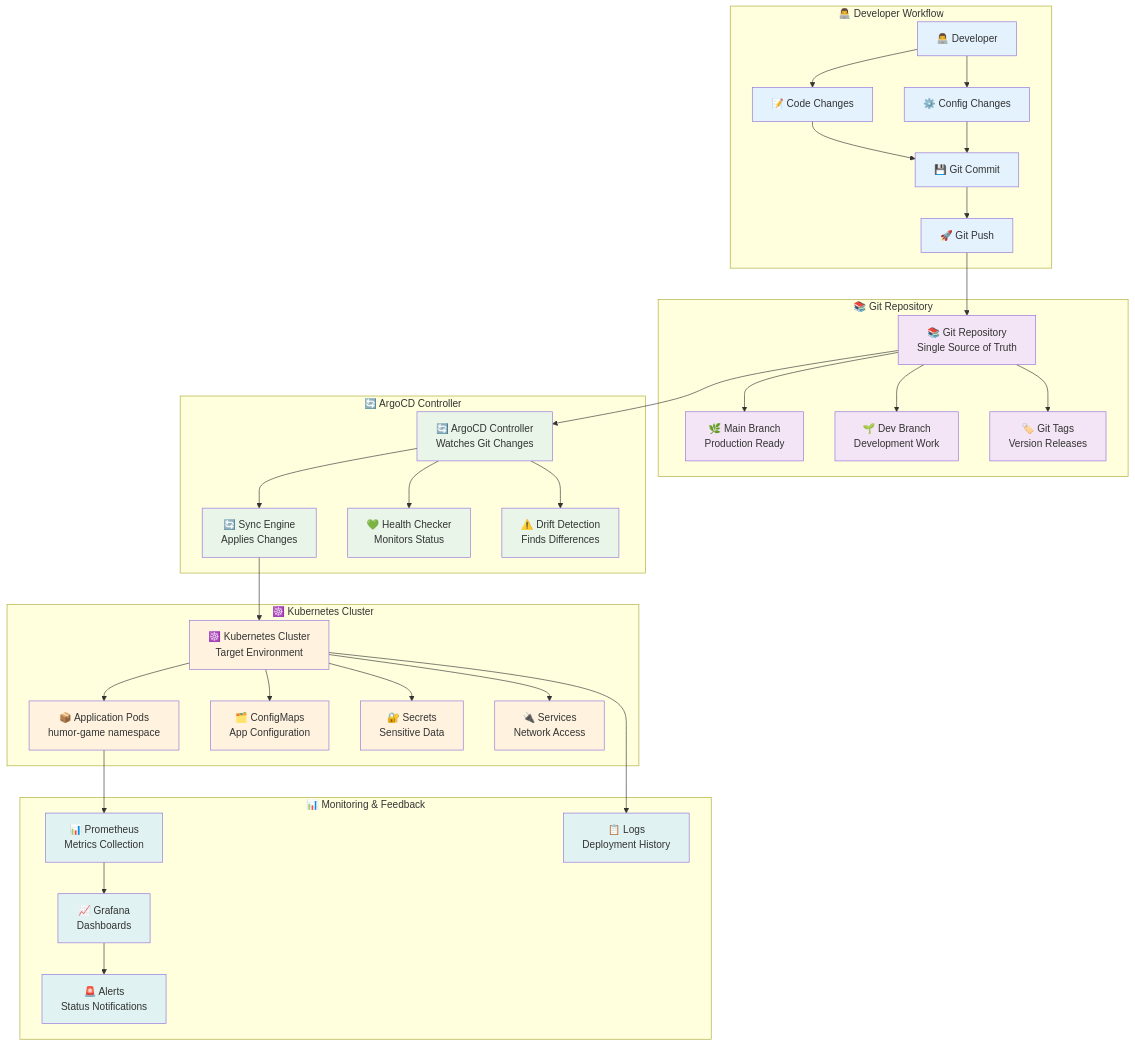
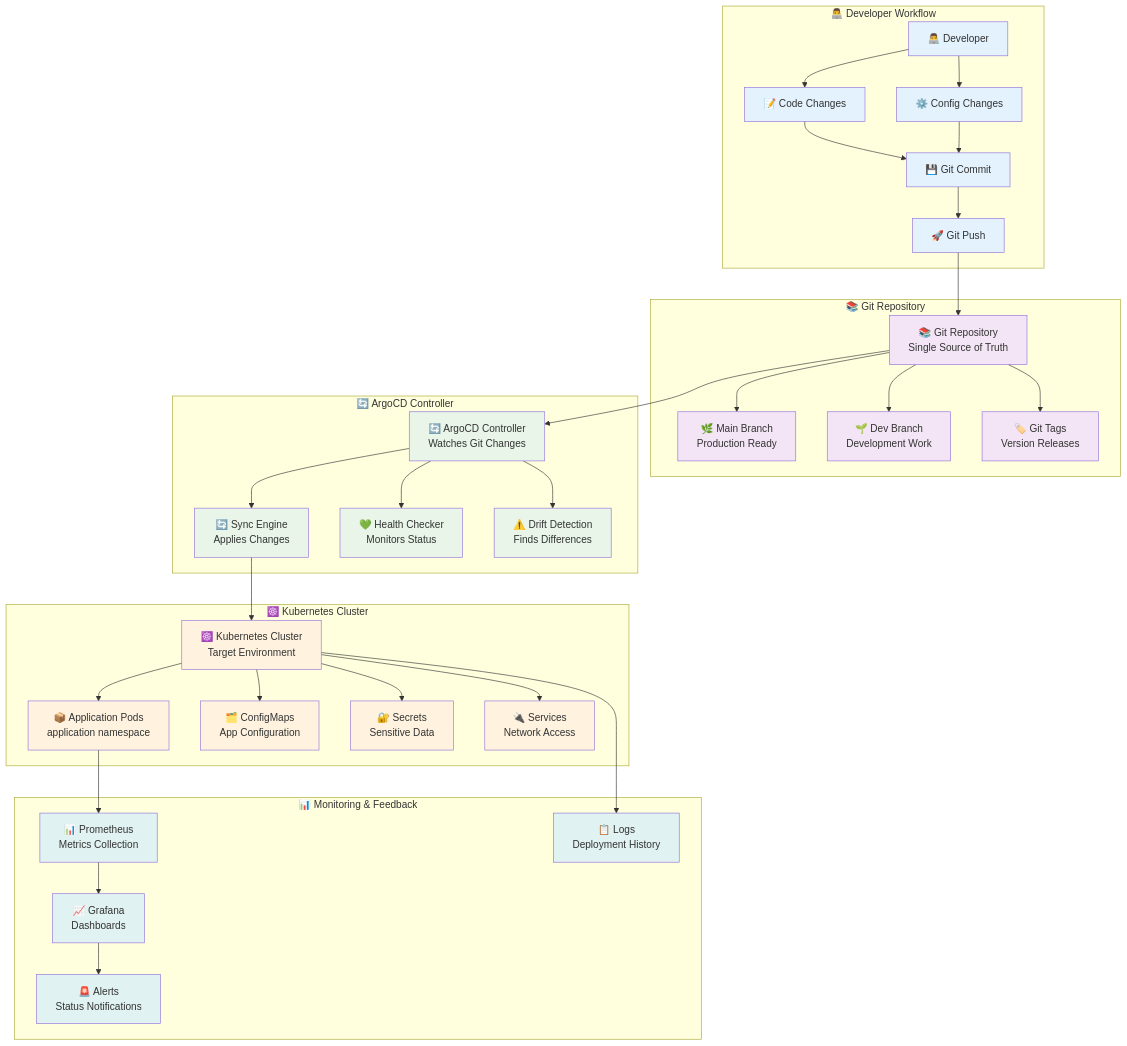
One commit to kyawzawaungdevops/production-project changed the diagram in docs/06-gitops.md. Above: the diagram before and after it, drawn with Mermaid. The commit also changed other lines of this file and 138 other files, not shown here.

```diff
--- a/docs/06-gitops.md
+++ b/docs/06-gitops.md
@@ -39,7 +39,7 @@
     
     subgraph "☸️ Kubernetes Cluster"
         K8sCluster[☸️ Kubernetes Cluster<br/>Target Environment]
-        AppPods[📦 Application Pods<br/>humor-game namespace]
+        AppPods[📦 Application Pods<br/>application namespace]
         ConfigMaps[🗂️ ConfigMaps<br/>App Configuration]
         Secrets[🔐 Secrets<br/>Sensitive Data]
         Services[🔌 Services<br/>Network Access]
```
